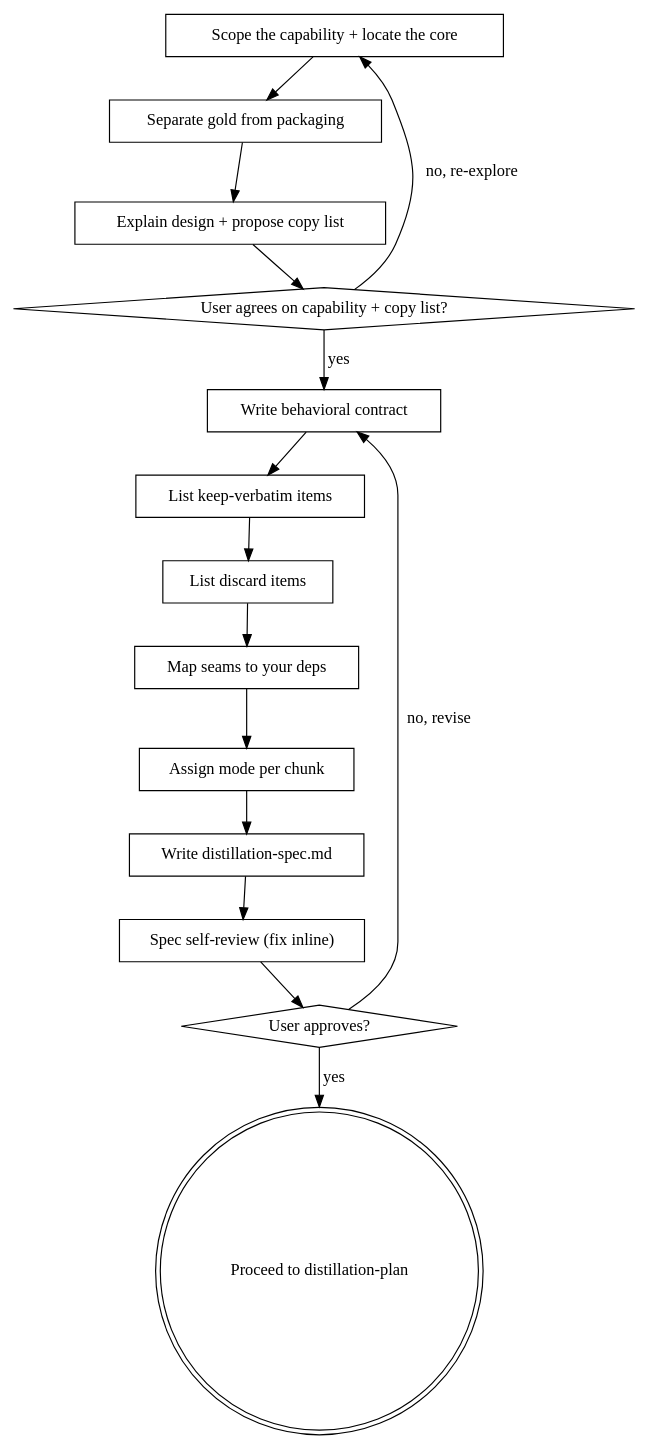
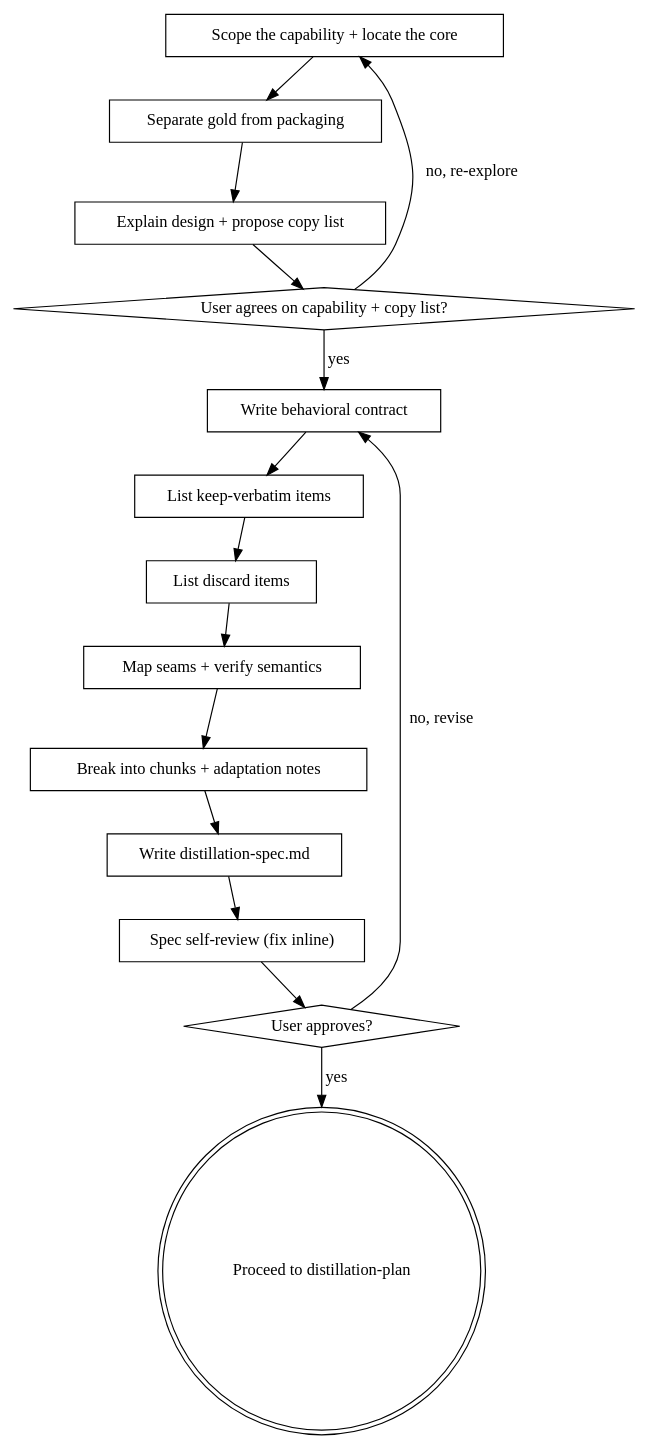
One commit to duongnghia222/code-distilling changed the diagram in skills/distillation-spec/SKILL.md. Above: the diagram before and after it, drawn with Graphviz. The commit also changed other lines of this file and 12 other files, not shown here.

````diff
--- a/skills/distillation-spec/SKILL.md
+++ b/skills/distillation-spec/SKILL.md
@@ -36,32 +40,32 @@
 ```dot
 digraph distillation_spec {
     "Scope the capability + locate the core" [shape=box];
     "Separate gold from packaging" [shape=box];
     "Explain design + propose copy list" [shape=box];
     "User agrees on capability + copy list?" [shape=diamond];
     "Write behavioral contract" [shape=box];
     "List keep-verbatim items" [shape=box];
     "List discard items" [shape=box];
-    "Map seams to your deps" [shape=box];
-    "Assign mode per chunk" [shape=box];
+    "Map seams + verify semantics" [shape=box];
+    "Break into chunks + adaptation notes" [shape=box];
     "Write distillation-spec.md" [shape=box];
     "Spec self-review (fix inline)" [shape=box];
     "User approves?" [shape=diamond];
     "Proceed to distillation-plan" [shape=doublecircle];
 
     "Scope the capability + locate the core" -> "Separate gold from packaging";
     "Separate gold from packaging" -> "Explain design + propose copy list";
     "Explain design + propose copy list" -> "User agrees on capability + copy list?";
     "User agrees on capability + copy list?" -> "Scope the capability + locate the core" [label="no, re-explore"];
     "User agrees on capability + copy list?" -> "Write behavioral contract" [label="yes"];
     "Write behavioral contract" -> "List keep-verbatim items";
     "List keep-verbatim items" -> "List discard items";
-    "List discard items" -> "Map seams to your deps";
-    "Map seams to your deps" -> "Assign mode per chunk";
-    "Assign mode per chunk" -> "Write distillation-spec.md";
+    "List discard items" -> "Map seams + verify semantics";
+    "Map seams + verify semantics" -> "Break into chunks + adaptation notes";
+    "Break into chunks + adaptation notes" -> "Write distillation-spec.md";
     "Write distillation-spec.md" -> "Spec self-review (fix inline)";
     "Spec self-review (fix inline)" -> "User approves?";
     "User approves?" -> "Write behavioral contract" [label="no, revise"];
     "User approves?" -> "Proceed to distillation-plan" [label="yes"];
 }
 ```
````
